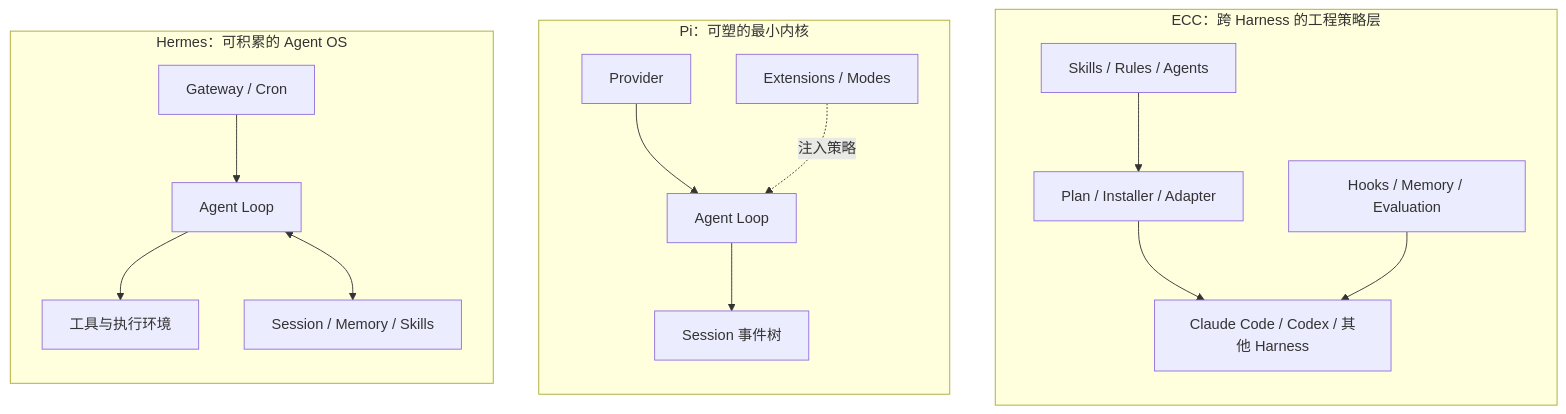
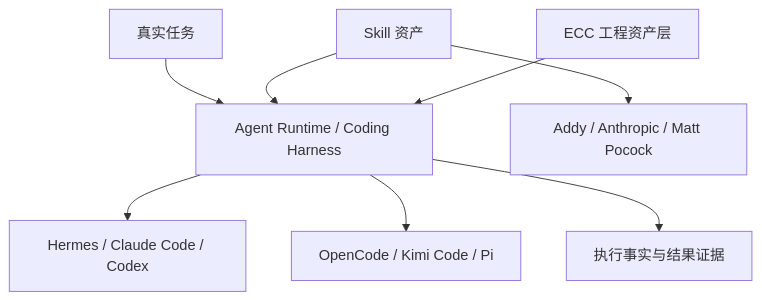
One commit to MarkingYang/aidea-lab changed the diagram in src/content/writing/composable-agent-harness-architecture.md. Above: the diagram before and after it, drawn with Mermaid. The commit also changed other lines of this file and 96 other files, not shown here.

````diff
--- a/src/content/writing/composable-agent-harness-architecture.md
+++ b/src/content/writing/composable-agent-harness-architecture.md
@@ -28,23 +22,10 @@
 ```mermaid
-flowchart LR
-    subgraph H[Hermes：可积累的 Agent OS]
-      HL[Agent Loop] --> HT[工具与执行环境]
-      HL <--> HM[Session / Memory / Skills]
-      HG[Gateway / Cron] --> HL
-    end
-
-    subgraph P[Pi：可塑的最小内核]
-      PA[Provider] --> PL[Agent Loop]
-      PL --> PS[Session 事件树]
-      PE[Extensions / Modes] -.注入策略.-> PL
-    end
-
-    subgraph E[ECC：跨 Harness 的工程策略层]
-      EA[Skills / Rules / Agents] --> EI[Plan / Installer / Adapter]
-      EI --> ER[Claude Code / Codex / 其他 Harness]
-      EH[Hooks / Memory / Evaluation] --> ER
-    end
-
-    H ~~~ P
-    P ~~~ E
+flowchart TB
+    Q[真实任务] --> R[Agent Runtime / Coding Harness]
+    R --> A[Hermes / Claude Code / Codex]
+    R --> B[OpenCode / Kimi Code / Pi]
+    S[Skill 资产] --> R
+    S --> C[Addy / Anthropic / Matt Pocock]
+    E[ECC 工程资产层] --> R
+    R --> O[执行事实与结果证据]
 ```
````
